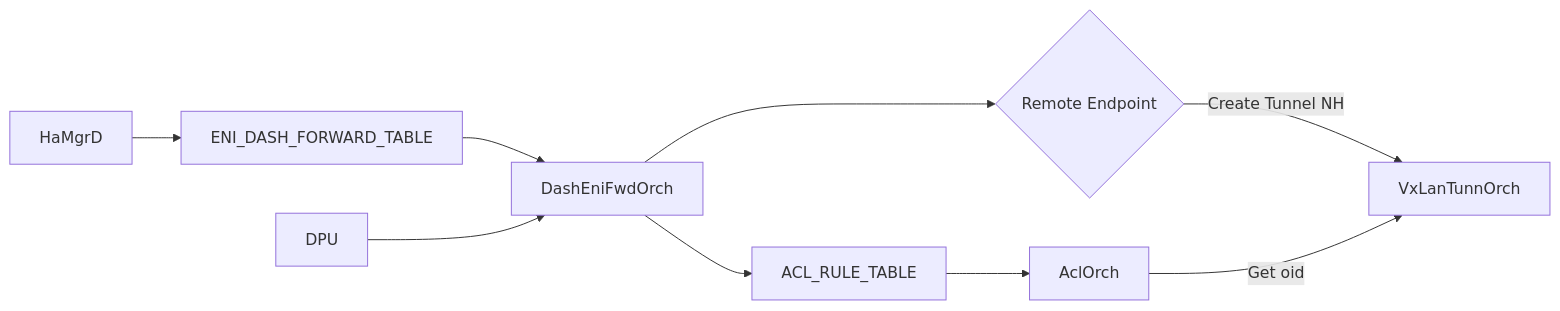
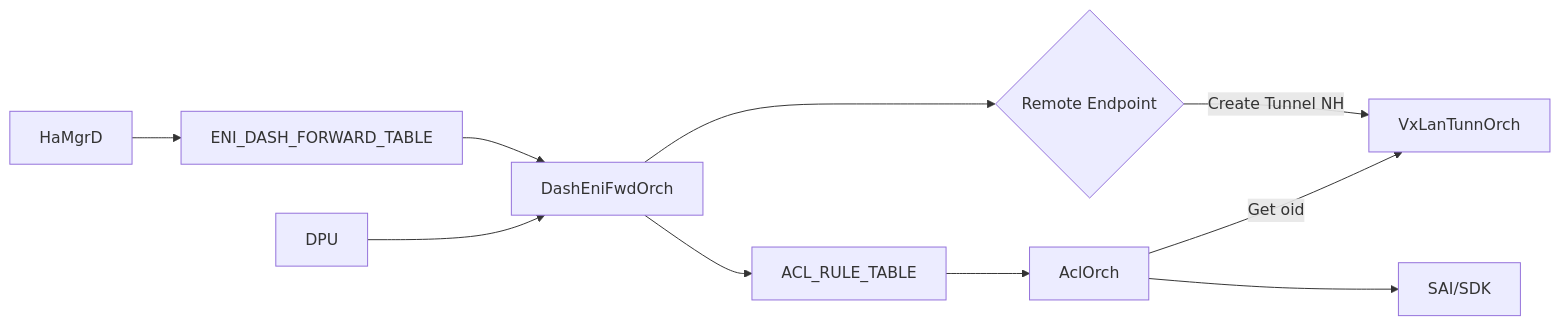
Before and after one commit to sonic-net/SONiC: the first of 3 diagrams in doc/smart-switch/high-availability/eni-based-forwarding.md, drawn with Mermaid. The commit also changed other lines of this file, not shown here.

````diff
--- a/doc/smart-switch/high-availability/eni-based-forwarding.md
+++ b/doc/smart-switch/high-availability/eni-based-forwarding.md
@@ -254,16 +254,17 @@
 ```mermaid
 flowchart LR
     ENI_TABLE[ENI_DASH_FORWARD_TABLE]
 
     HaMgrD --> ENI_TABLE
     ENI_TABLE --> DashEniFwdOrch
     DPU --> DashEniFwdOrch
 
     DashEniFwdOrch --> Ques1{Remote Endpoint}
     Ques1 --> |Create Tunnel NH| VxLanTunnOrch
 
     DashEniFwdOrch --> ACL_RULE_TABLE
 
     AclOrch --> |Get oid| VxLanTunnOrch
     ACL_RULE_TABLE --> AclOrch
+    AclOrch --> SAI/SDK
 ```
````
